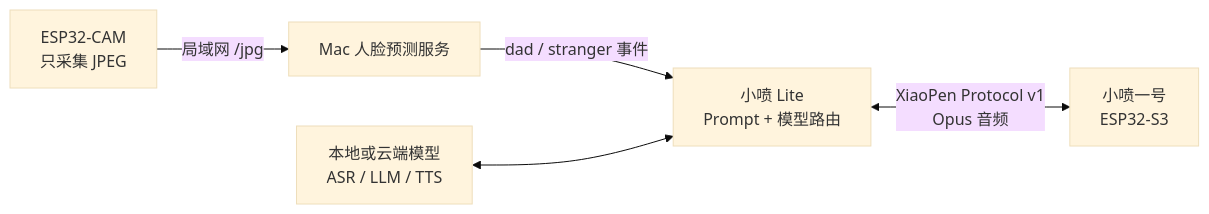
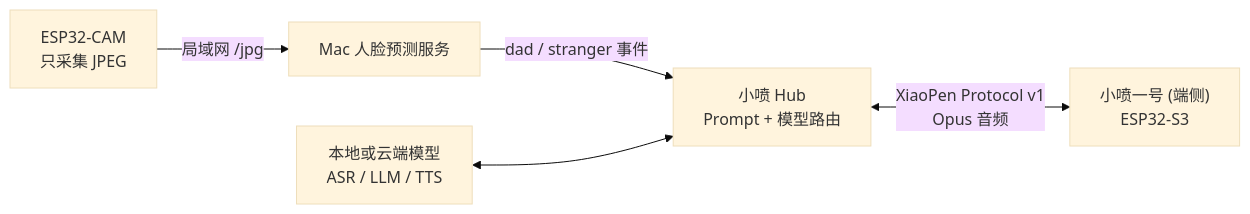
One commit to jiaqianjing/xiaopen-hub changed the diagram in README.md. Above: the diagram before and after it, drawn with Mermaid (base theme). The commit also changed other lines of this file and 10 other files, not shown here.

````diff
--- a/README.md
+++ b/README.md
@@ -61,7 +61,7 @@
 ```mermaid
 flowchart LR
     CAM["ESP32-CAM<br/>只采集 JPEG"] -->|"局域网 /jpg"| VISION["Mac 人脸预测服务"]
-    VISION -->|"dad / stranger 事件"| LITE["小喷 Lite<br/>Prompt + 模型路由"]
-    MODELS["本地或云端模型<br/>ASR / LLM / TTS"] <--> LITE
-    LITE <-->|"XiaoPen Protocol v1<br/>Opus 音频"| S3["小喷一号<br/>ESP32-S3"]
+    VISION -->|"dad / stranger 事件"| HUB["小喷 Hub<br/>Prompt + 模型路由"]
+    MODELS["本地或云端模型<br/>ASR / LLM / TTS"] <--> HUB
+    HUB <-->|"XiaoPen Protocol v1<br/>Opus 音频"| S3["小喷一号 (端侧)<br/>ESP32-S3"]
 ```
````
